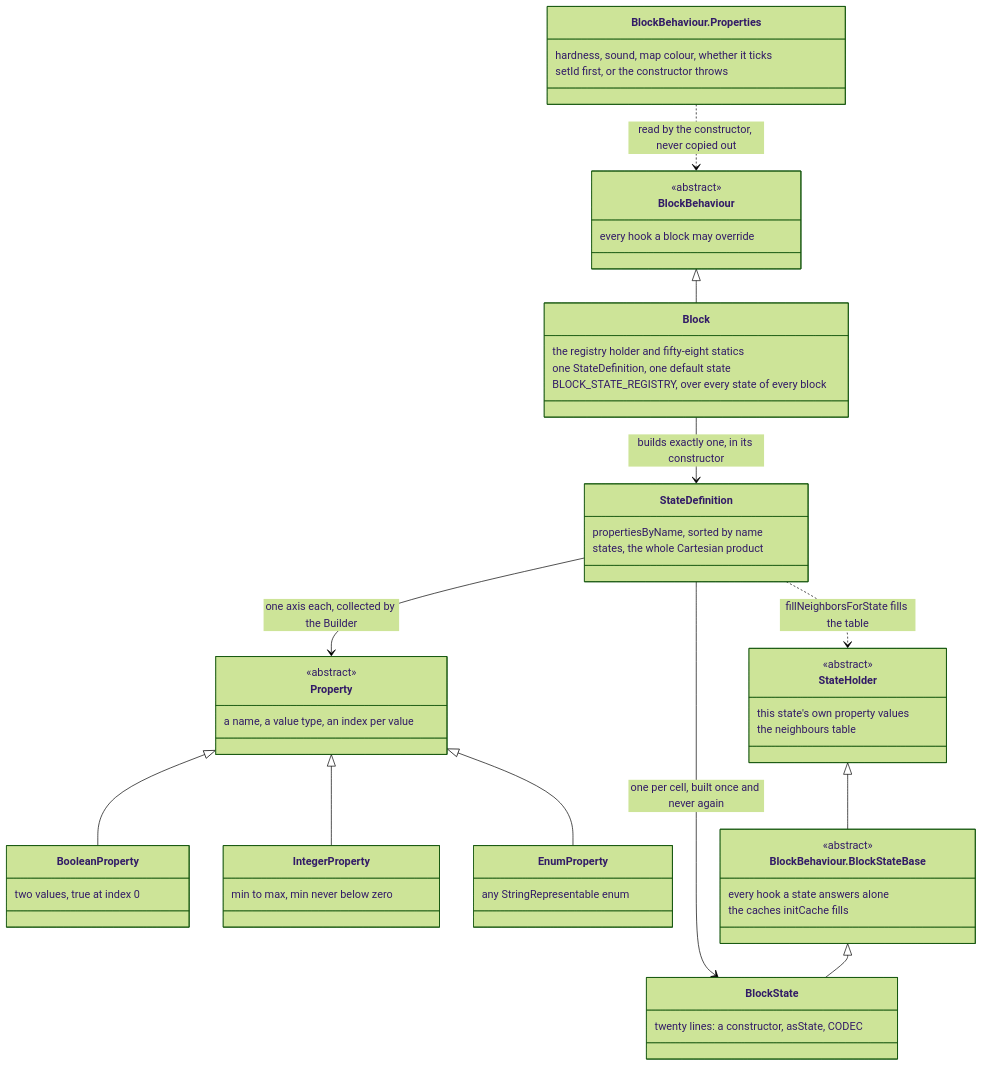
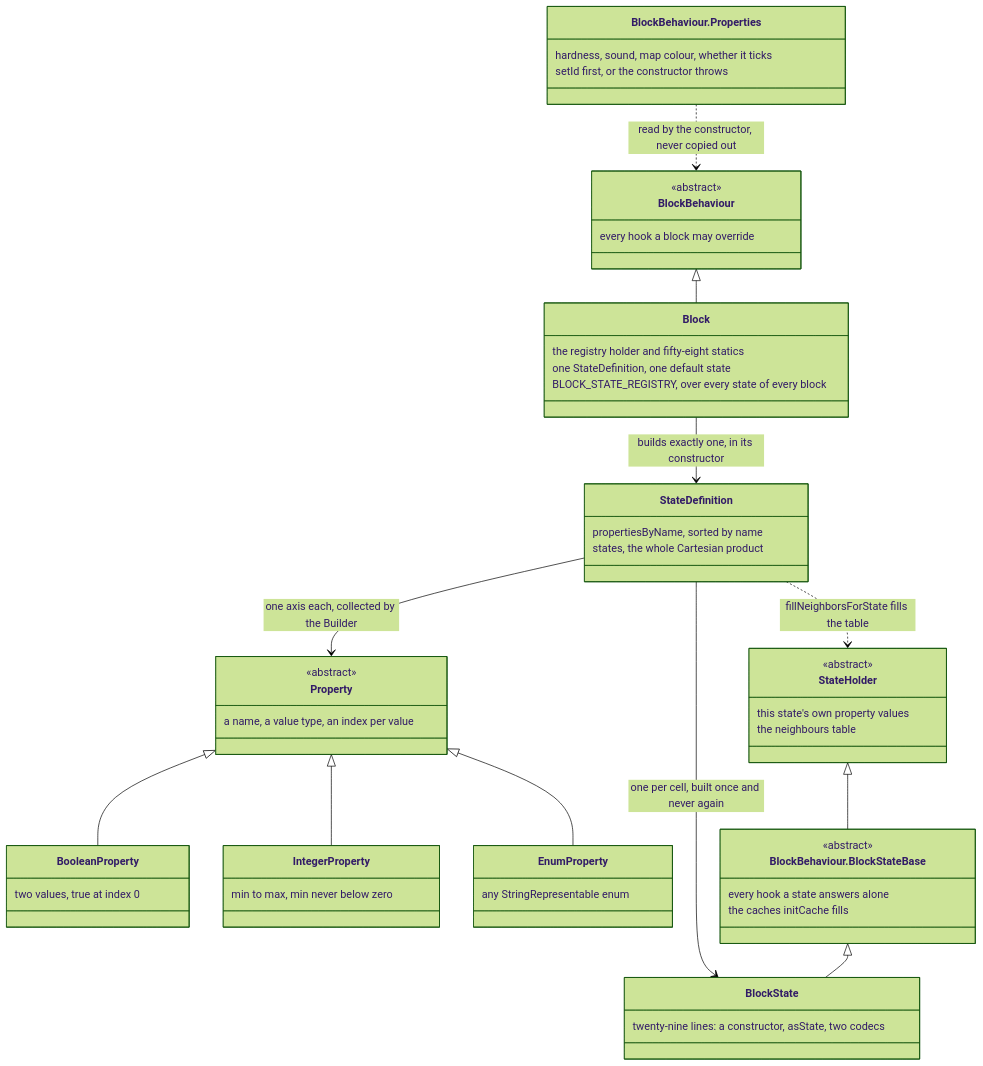
The first of 3 diagrams in src/systems/blocks/blocks-and-states.md (AlexanderjFraser/MinecraftDocs), drawn with Mermaid (forest theme) before and after one commit. The commit also changed other lines of this file and 155 other files, not shown here.

````diff
--- a/src/systems/blocks/blocks-and-states.md
+++ b/src/systems/blocks/blocks-and-states.md
@@ -43,57 +43,57 @@
 ```mermaid
 classDiagram
     class BlockBehaviour.Properties {
         hardness, sound, map colour, whether it ticks
         setId first, or the constructor throws
     }
     class BlockBehaviour {
         <<abstract>>
         every hook a block may override
     }
     class Block {
         the registry holder and fifty-eight statics
         one StateDefinition, one default state
         BLOCK_STATE_REGISTRY, over every state of every block
     }
     class Property {
         <<abstract>>
         a name, a value type, an index per value
     }
     class BooleanProperty {
         two values, true at index 0
     }
     class IntegerProperty {
         min to max, min never below zero
     }
     class EnumProperty {
         any StringRepresentable enum
     }
     class StateDefinition {
         propertiesByName, sorted by name
         states, the whole Cartesian product
     }
     class StateHolder {
         <<abstract>>
         this state's own property values
         the neighbours table
     }
     class BlockBehaviour.BlockStateBase {
         <<abstract>>
         every hook a state answers alone
         the caches initCache fills
     }
     class BlockState {
-        twenty lines: a constructor, asState, CODEC
+        twenty-nine lines: a constructor, asState, two codecs
     }
     BlockBehaviour.Properties ..> BlockBehaviour : read by the constructor, never copied out
     BlockBehaviour <|-- Block
     Property <|-- BooleanProperty
     Property <|-- IntegerProperty
     Property <|-- EnumProperty
     Block --> StateDefinition : builds exactly one, in its constructor
     StateDefinition --> Property : one axis each, collected by the Builder
     StateDefinition --> BlockState : one per cell, built once and never again
     StateHolder <|-- BlockBehaviour.BlockStateBase
     BlockBehaviour.BlockStateBase <|-- BlockState
     StateDefinition ..> StateHolder : fillNeighborsForState fills the table
 ```
````
